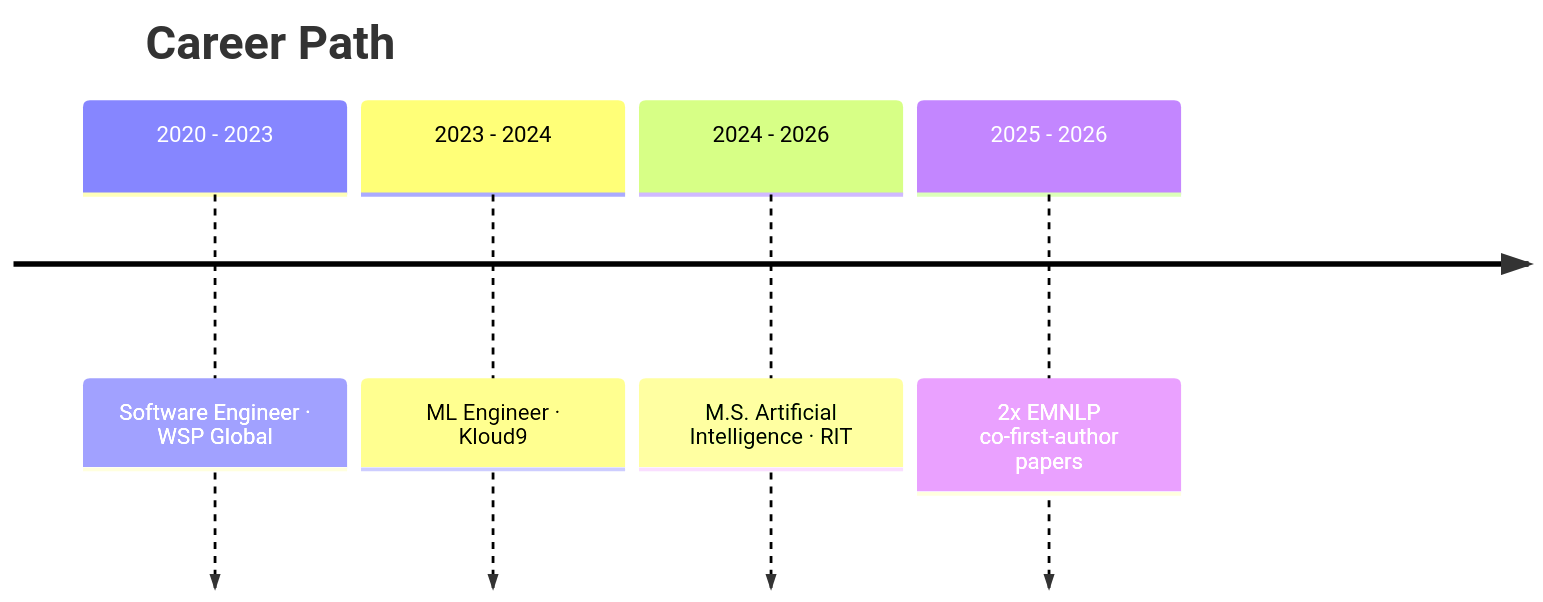
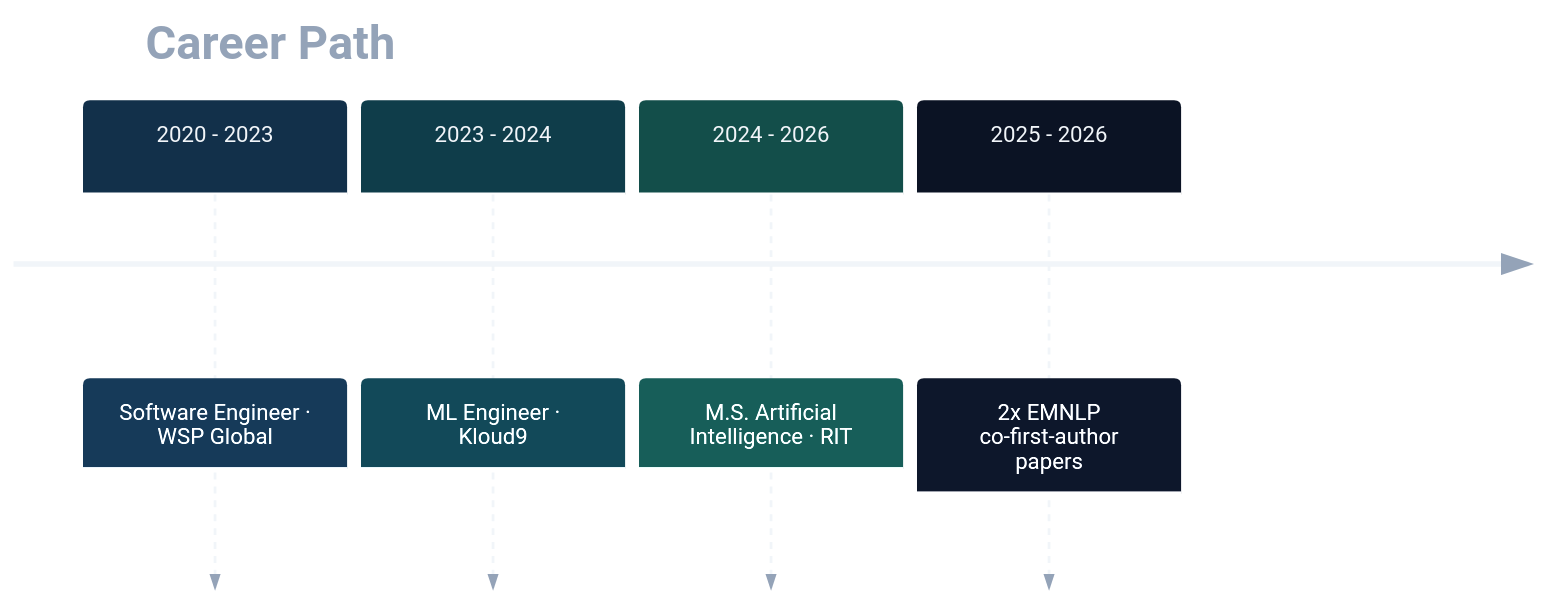
Before and after one commit to mandira-sawkar/mandira-sawkar: the diagram in README.md, drawn with Mermaid. The commit also changed other lines of this file and 4 other files, not shown here.

````diff
--- a/README.md
+++ b/README.md
@@ -121,8 +120,14 @@
 ```mermaid
+%%{init: {'theme':'base', 'themeVariables': {
+  'primaryColor':'#12304a', 'primaryTextColor':'#f1f5f9', 'primaryBorderColor':'#2dd4bf',
+  'lineColor':'#60a5fa', 'textColor':'#94a3b8',
+  'cScale0':'#12304a', 'cScale1':'#0f3d4a', 'cScale2':'#134e4a', 'cScale3':'#0b1324',
+  'cScaleLabel0':'#f1f5f9', 'cScaleLabel1':'#f1f5f9', 'cScaleLabel2':'#f1f5f9', 'cScaleLabel3':'#f1f5f9'
+}}}%%
 timeline
     title Career Path
     2020 - 2023 : Software Engineer · WSP Global
     2023 - 2024 : ML Engineer · Kloud9
     2024 - 2026 : M.S. Artificial Intelligence · RIT
     2025 - 2026 : 2x EMNLP co-first-author papers
 ```
````
